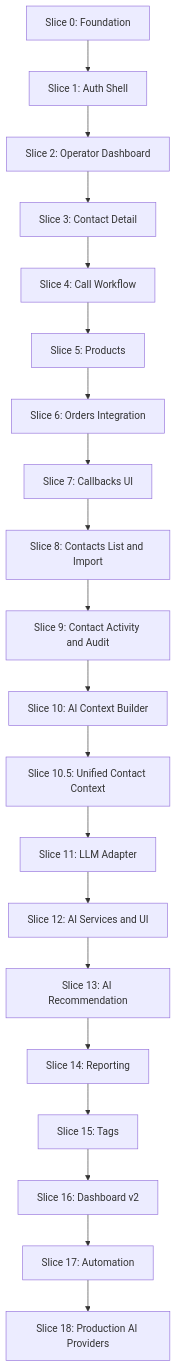
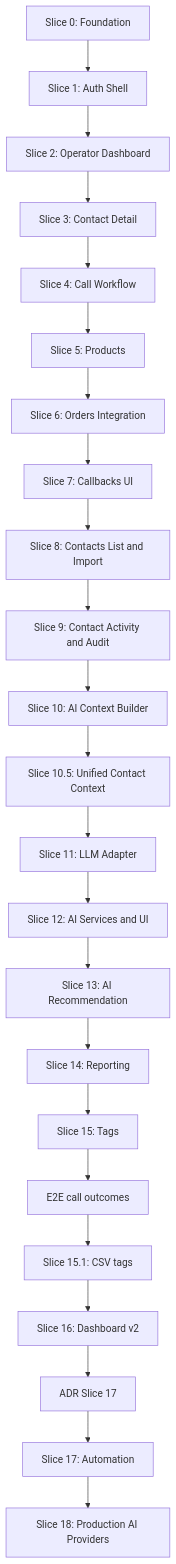
One commit to majkitostudio/velocity-crm changed the diagram in docs/IMPLEMENTATION_SEQUENCE.md. Above: the diagram before and after it, drawn with Mermaid. The commit also changed other lines of this file and 2 other files, not shown here.

Commit message:
docs: reorder next-up roadmap (E2E, 15.1, 16, 17 ADR, 17, 18)

````diff
--- a/docs/IMPLEMENTATION_SEQUENCE.md
+++ b/docs/IMPLEMENTATION_SEQUENCE.md
@@ -23,22 +23,25 @@
 ```mermaid
 flowchart TD
   S0[Slice 0: Foundation] --> S1[Slice 1: Auth Shell]
   S1 --> S2[Slice 2: Operator Dashboard]
   S2 --> S3[Slice 3: Contact Detail]
   S3 --> S4[Slice 4: Call Workflow]
   S4 --> S5[Slice 5: Products]
   S5 --> S6[Slice 6: Orders Integration]
   S6 --> S7[Slice 7: Callbacks UI]
   S7 --> S8[Slice 8: Contacts List and Import]
   S8 --> S9[Slice 9: Contact Activity and Audit]
   S9 --> S10[Slice 10: AI Context Builder]
   S10 --> S105[Slice 10.5: Unified Contact Context]
   S105 --> S11[Slice 11: LLM Adapter]
   S11 --> S12[Slice 12: AI Services and UI]
   S12 --> S13[Slice 13: AI Recommendation]
   S13 --> S14[Slice 14: Reporting]
   S14 --> S15[Slice 15: Tags]
-  S15 --> S16[Slice 16: Dashboard v2]
-  S16 --> S17[Slice 17: Automation]
+  S15 --> E2E[E2E call outcomes]
+  E2E --> S151[Slice 15.1: CSV tags]
+  S151 --> S16[Slice 16: Dashboard v2]
+  S16 --> ADR17[ADR Slice 17]
+  ADR17 --> S17[Slice 17: Automation]
   S17 --> S18[Slice 18: Production AI Providers]
 ```
````
